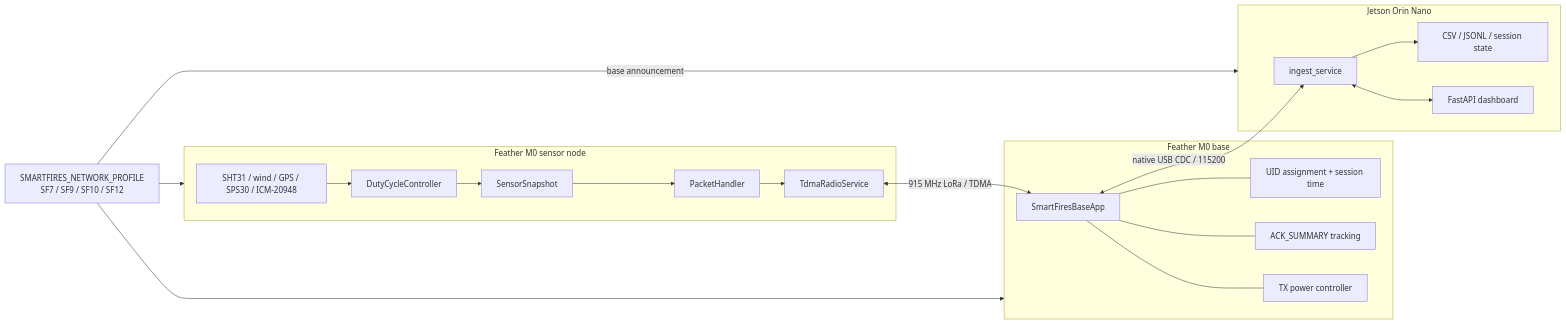
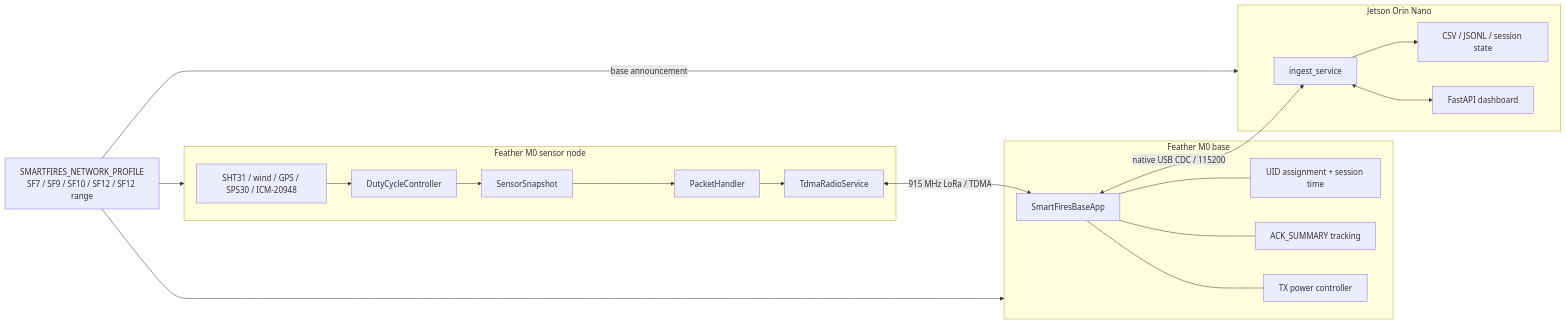
Before and after one commit to KylesCorner/SmartFires_IoT: the first of 4 diagrams in documentation/SOFTWARE_DESIGN_DIAGRAM.md, drawn with Mermaid. The commit also changed other lines of this file and 34 other files, not shown here.

First line of the commit message:
feat: add three-slot SF12 range-test profile

````diff
--- a/documentation/SOFTWARE_DESIGN_DIAGRAM.md
+++ b/documentation/SOFTWARE_DESIGN_DIAGRAM.md
@@ -17,36 +17,36 @@
 ```mermaid
 flowchart LR
-    Profile[SMARTFIRES_NETWORK_PROFILE\nSF7 / SF9 / SF10 / SF12]
+    Profile[SMARTFIRES_NETWORK_PROFILE\nSF7 / SF9 / SF10 / SF12 / SF12 range]
     subgraph Node[Feather M0 sensor node]
         Sensors[SHT31 / wind / GPS / SPS30 / ICM-20948]
         Duty[DutyCycleController]
         Snapshot[SensorSnapshot]
         Packets[PacketHandler]
         Tdma[TdmaRadioService]
         Sensors --> Duty --> Snapshot --> Packets --> Tdma
     end
 
     subgraph Base[Feather M0 base]
         BaseApp[SmartFiresBaseApp]
         Assign[UID assignment + session time]
         Ack[ACK_SUMMARY tracking]
         Power[TX power controller]
         BaseApp --- Assign
         BaseApp --- Ack
         BaseApp --- Power
     end
 
     subgraph Jetson[Jetson Orin Nano]
         Ingest[ingest_service]
         Store[CSV / JSONL / session state]
         Web[FastAPI dashboard]
         Ingest --> Store
         Ingest <--> Web
     end
 
     Tdma <-->|915 MHz LoRa / TDMA| BaseApp
     BaseApp <-->|native USB CDC / 115200| Ingest
     Profile --> Node
     Profile --> Base
     Profile -->|base announcement| Jetson
 ```
````
